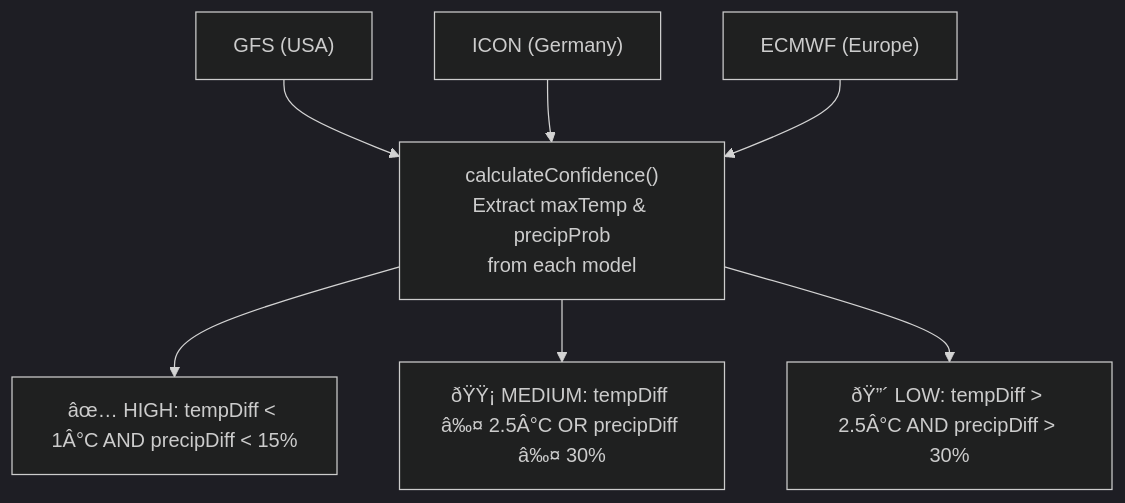
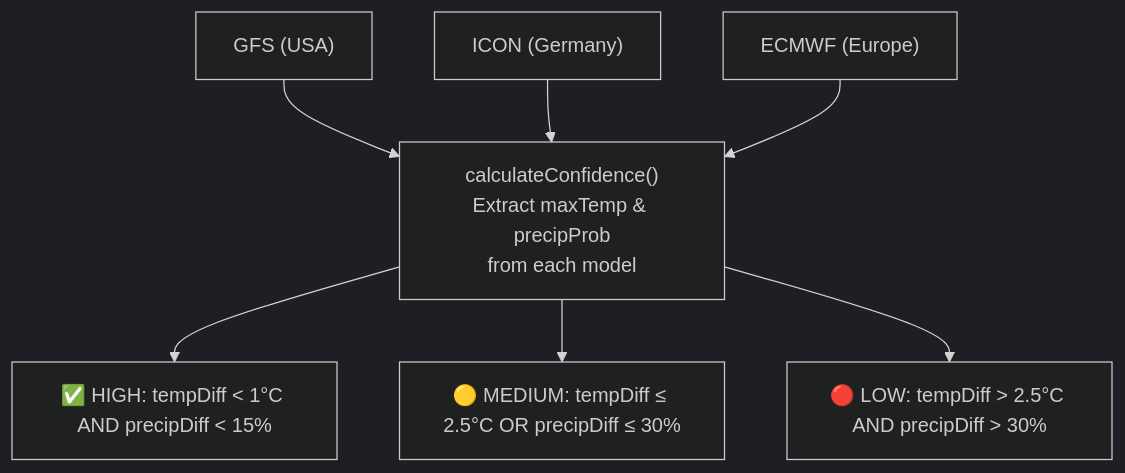
The third of 6 diagrams in README.md (omcodes16/make-to-win), drawn with Mermaid (dark theme) before and after one commit. The commit also changed other lines of this file, not shown here.

Commit message:
docs: restructure README with full SIH26068 project details, status, team, data sources, and architecture

````diff
--- a/README.md
+++ b/README.md
@@ -336,10 +530,10 @@
 ```mermaid
 graph TD
     GFS["GFS (USA)"] --> Calc["calculateConfidence()\nExtract maxTemp & precipProb\nfrom each model"]
     ICON["ICON (Germany)"] --> Calc
     ECMWF["ECMWF (Europe)"] --> Calc
 
-    Calc --> High["âœ… HIGH: tempDiff < 1Â°C AND precipDiff < 15%"]
-    Calc --> Med["ðŸŸ¡ MEDIUM: tempDiff â‰¤ 2.5Â°C OR precipDiff â‰¤ 30%"]
-    Calc --> Low["ðŸ”´ LOW: tempDiff > 2.5Â°C AND precipDiff > 30%"]
+    Calc --> High["✅ HIGH: tempDiff < 1°C AND precipDiff < 15%"]
+    Calc --> Med["🟡 MEDIUM: tempDiff ≤ 2.5°C OR precipDiff ≤ 30%"]
+    Calc --> Low["🔴 LOW: tempDiff > 2.5°C AND precipDiff > 30%"]
 ```
````
